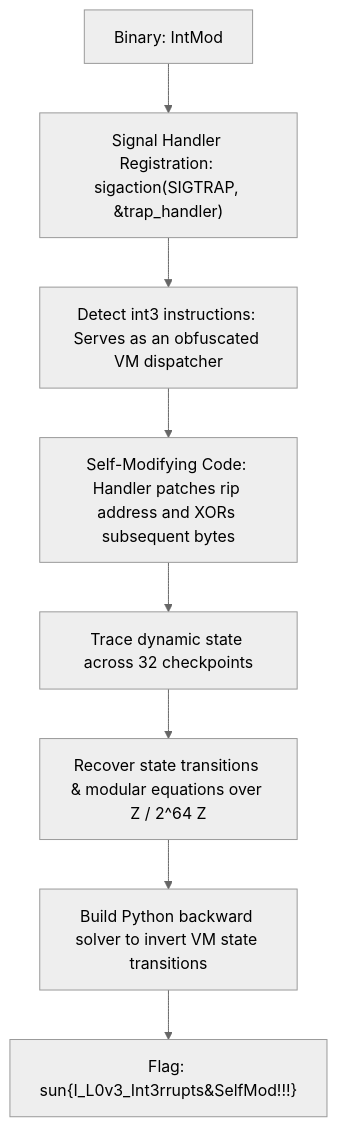
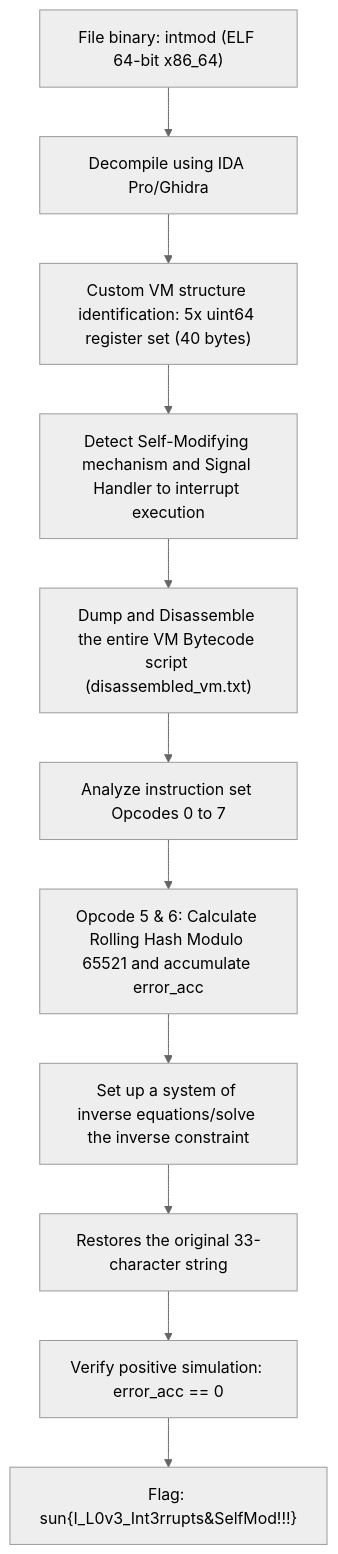
One commit to Lizamort1/ctf-writeups changed the second of 2 diagrams in _posts/2026-09-26-intmod.md. Above: the diagram before and after it, drawn with Mermaid (neutral theme). The commit also changed other lines of this file and 42 other files, not shown here.

Commit message:
fix: synchronize bilingual writeups and redraw diagrams

````diff
--- a/_posts/2026-09-26-intmod.md
+++ b/_posts/2026-09-26-intmod.md
@@ -198,10 +199,13 @@
 ```mermaid
 flowchart TD
-    A["Binary: IntMod"] --> B["Signal Handler Registration: sigaction(SIGTRAP, &trap_handler)"]
-    B --> C["Detect int3 instructions: Serves as an obfuscated VM dispatcher"]
-    C --> D["Self-Modifying Code: Handler patches rip address and XORs subsequent bytes"]
-    D --> E["Trace dynamic state across 32 checkpoints"]
-    E --> F["Recover state transitions & modular equations over Z / 2^64 Z"]
-    F --> G["Build Python backward solver to invert VM state transitions"]
-    G --> H["Flag: sun{I_L0v3_Int3rrupts&SelfMod!!!}"]
+    A["File binary: intmod (ELF 64-bit x86_64)"] --> B["Decompile using IDA Pro/Ghidra"]
+    B --> C["Custom VM structure identification: 5x uint64 register set (40 bytes)"]
+    C --> D["Detect Self-Modifying mechanism and Signal Handler to interrupt execution"]
+    D --> E["Dump and Disassemble the entire VM Bytecode script (disassembled_vm.txt)"]
+    E --> F["Analyze instruction set Opcodes 0 to 7"]
+    F --> G["Opcode 5 & 6: Calculate Rolling Hash Modulo 65521 and accumulate error_acc"]
+    G --> H["Set up a system of inverse equations/solve the inverse constraint"]
+    H --> I["Restores the original 33-character string"]
+    I --> J["Verify positive simulation: error_acc == 0"]
+    J --> K["Flag: sun{I_L0v3_Int3rrupts&SelfMod!!!}"]
 ```
````
